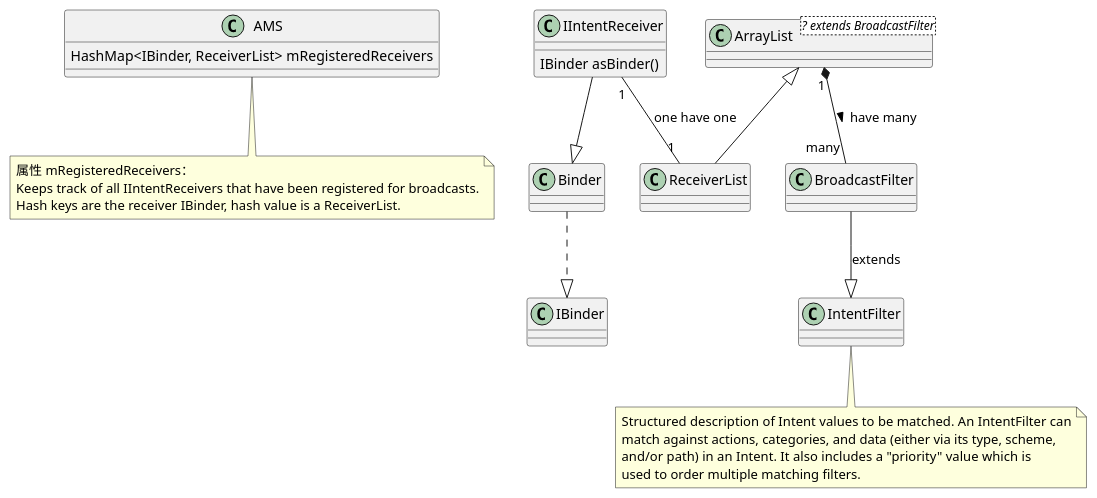
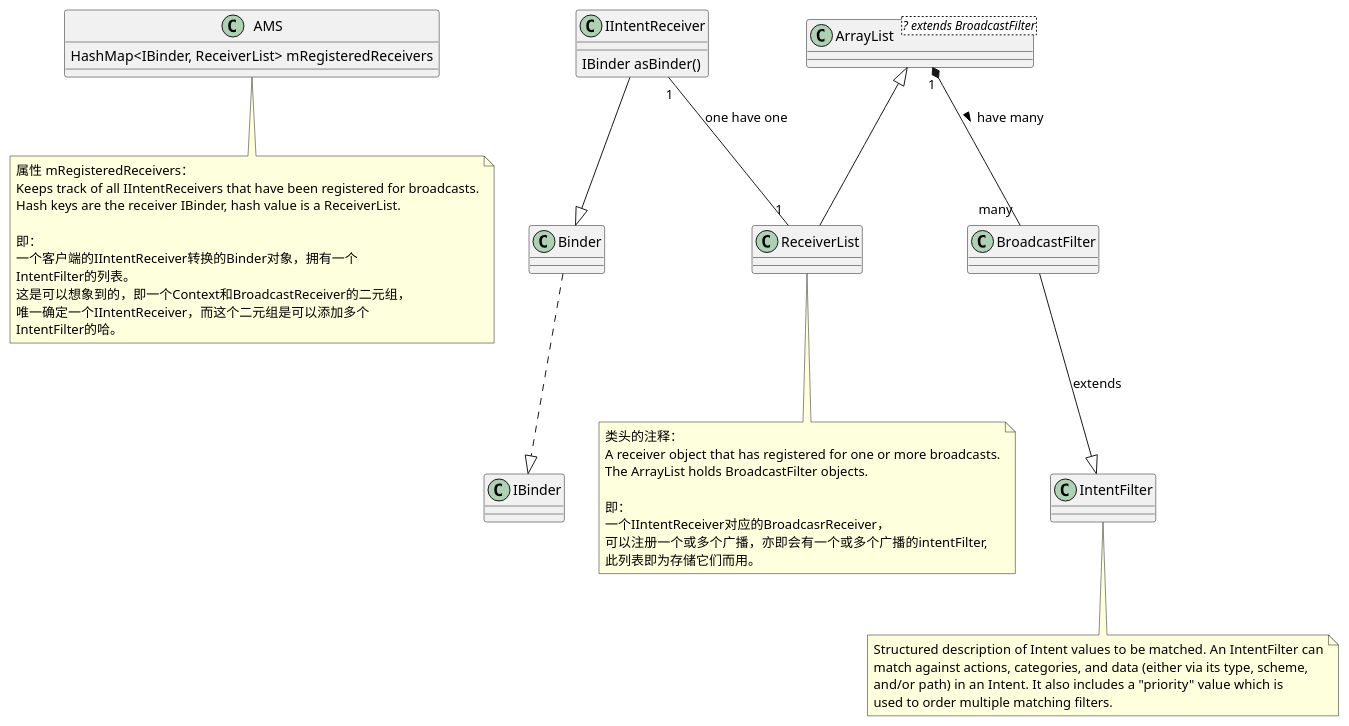
The diagram in Android_framework_sequences/广播_动态广播_03_注册_AMS端_register方法的形象显示.puml (KentTJ/ImoocRxJavaStudy), drawn with PlantUML before and after one commit.

Commit message:
动态广播的注册。

```diff
--- a/Android_framework_sequences/广播_动态广播_03_注册_AMS端_register方法的形象显示.puml
+++ b/Android_framework_sequences/广播_动态广播_03_注册_AMS端_register方法的形象显示.puml
@@ -1,58 +1,76 @@
 @startuml
 
 class AMS{
 {field} HashMap<IBinder, ReceiverList> mRegisteredReceivers
 }
 
 note bottom of AMS
 属性 mRegisteredReceivers：
 Keeps track of all IIntentReceivers that have been registered for broadcasts.
 Hash keys are the receiver IBinder, hash value is a ReceiverList.
+
+即：
+一个客户端的IIntentReceiver转换的Binder对象，拥有一个
+IntentFilter的列表。
+这是可以想象到的，即一个Context和BroadcastReceiver的二元组，
+唯一确定一个IIntentReceiver，而这个二元组是可以添加多个
+IntentFilter的哈。
 end note
 
 IIntentReceiver "1" -- "1" ReceiverList : one have one
+note bottom of ReceiverList
+类头的注释：
+A receiver object that has registered for one or more broadcasts.
+The ArrayList holds BroadcastFilter objects.
+
+即：
+一个IIntentReceiver对应的BroadcasrReceiver，
+可以注册一个或多个广播，亦即会有一个或多个广播的intentFilter,
+此列表即为存储它们而用。
+end note
+
 class IIntentReceiver{
    IBinder asBinder()
 }
 IIntentReceiver --|> Binder
 Binder ..|> IBinder
 
 ArrayList <|-- ReceiverList
 
 class ArrayList<? extends BroadcastFilter>{
 }
 
 ArrayList "1" *-- "many" BroadcastFilter : have many >
 
 BroadcastFilter --|> IntentFilter : extends
 
 note bottom of IntentFilter
 Structured description of Intent values to be matched.  An IntentFilter can
 match against actions, categories, and data (either via its type, scheme,
 and/or path) in an Intent.  It also includes a "priority" value which is
 used to order multiple matching filters.
 end note
 
 
 
 '添加进去的主要代码：
  '1.ReceiverList rl = mRegisteredReceivers.get(receiver.asBinder());
  'ReceiverList类的定义如下,
  '"final class ReceiverList extends ArrayList<BroadcastFilter>"
  '里面的数据类型BroadcastFilter，定义如下，
  '"final class BroadcastFilter extends IntentFilter",
  '即BroadcastFilter 就是 IntentFilter。
  '
  'mRegisteredReceivers
  'key为 IIntentReceiver对应的Binder，
  'value为 对应的ReceiverList。
  '
  '2.rl.app.receivers.add(rl);
  '
  '3.mRegisteredReceivers.put(receiver.asBinder(), rl);
  '
  '4.BroadcastFilter bf = new BroadcastFilter(filter, rl, callerPackage,
  '                      permission, callingUid, userId, instantApp, visibleToInstantApps);
  '5.mReceiverResolver.addFilter(bf);'
 
 @enduml
```
